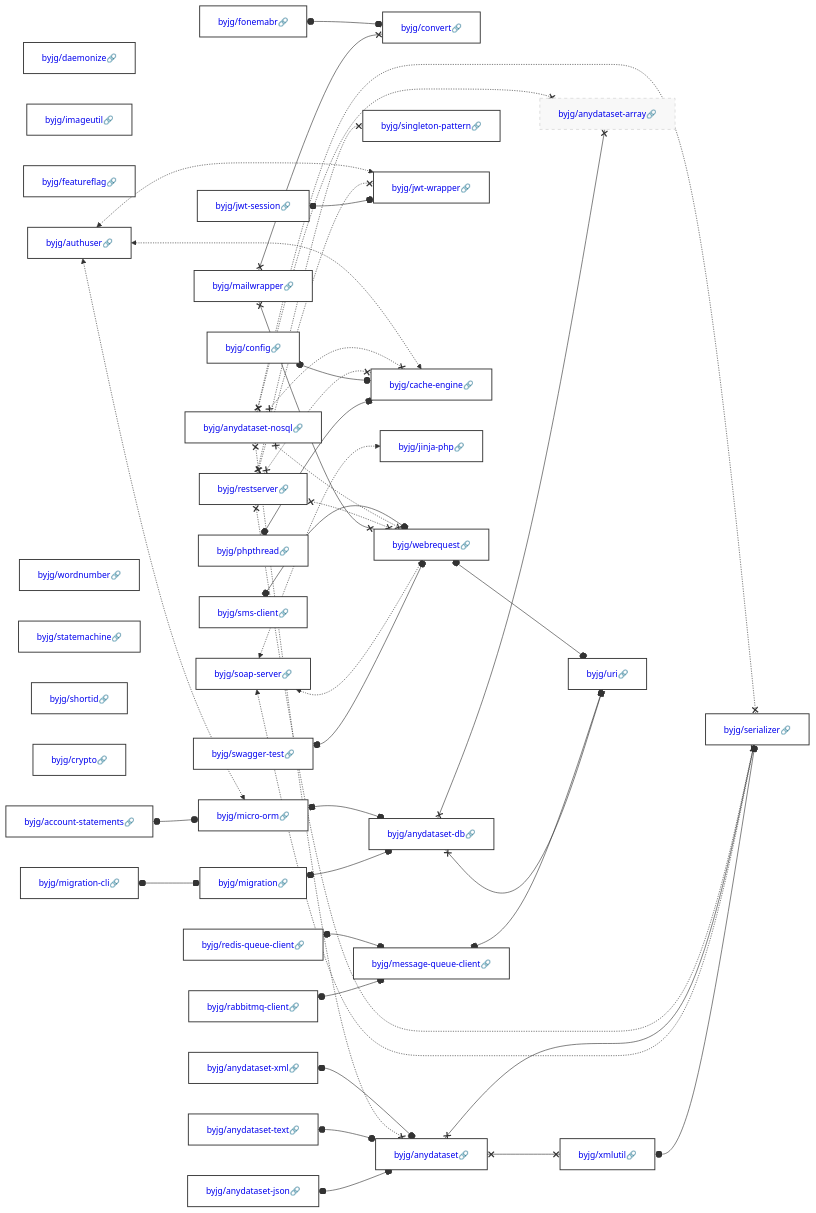
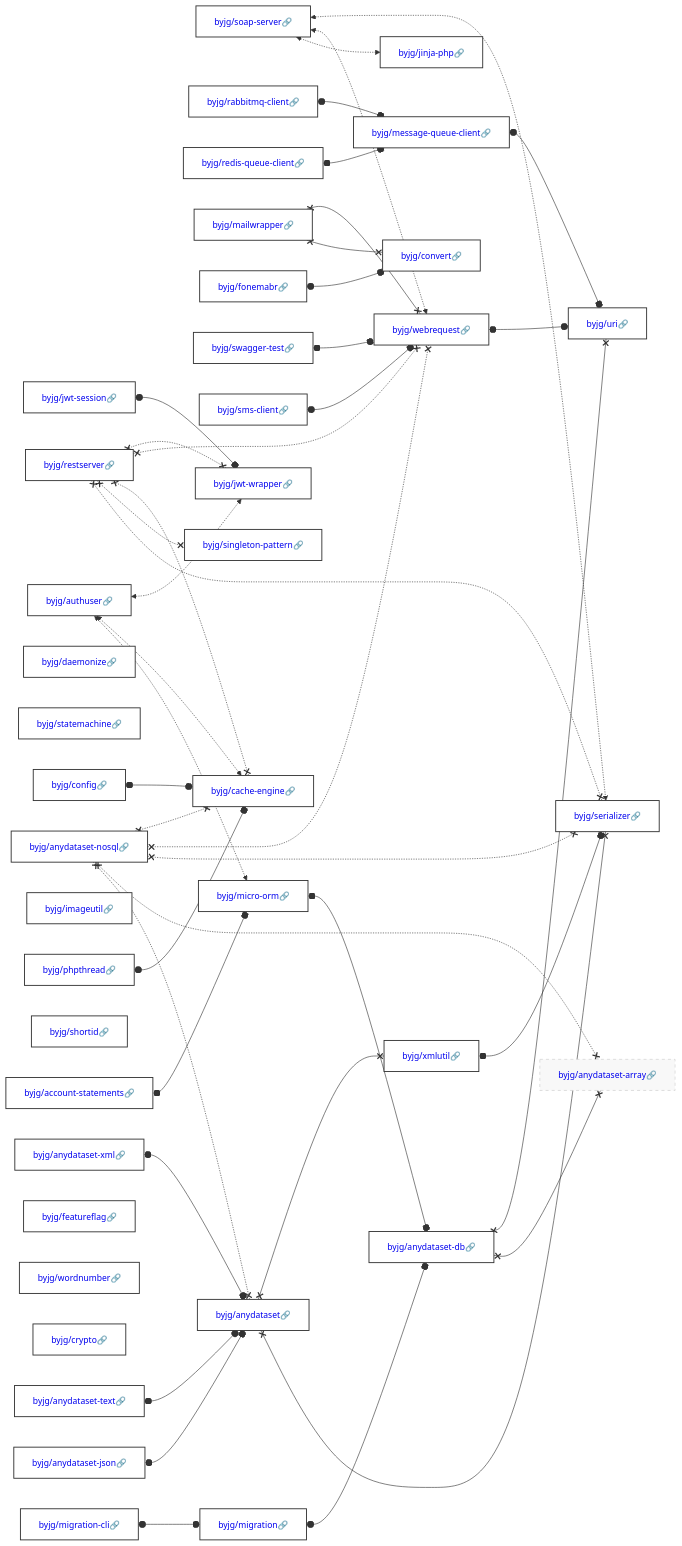
One commit to byjg/byjg.github.io changed the diagram in docs/php/README.md. Above: the diagram before and after it, drawn with Mermaid. The commit also changed other lines of this file and 1 other file, not shown here.

Commit message:
Update documentation 'php' 'php-cache-engine'

````diff
--- a/docs/php/README.md
+++ b/docs/php/README.md
@@ -3,40 +3,40 @@
 ```mermaid
 graph LR;
+  byjg/soap-server[<a href='https://opensource.byjg.com/docs/php/soap-server' style='text-decoration:none'>byjg/soap-server🔗</a>];
+  byjg/restserver[<a href='https://opensource.byjg.com/docs/php/restserver' style='text-decoration:none'>byjg/restserver🔗</a>];
+  byjg/rabbitmq-client[<a href='https://opensource.byjg.com/docs/php/rabbitmq-client' style='text-decoration:none'>byjg/rabbitmq-client🔗</a>];
+  byjg/migration-cli[<a href='https://opensource.byjg.com/docs/php/migration-cli' style='text-decoration:none'>byjg/migration-cli🔗</a>];
+  byjg/jwt-session[<a href='https://opensource.byjg.com/docs/php/jwt-session' style='text-decoration:none'>byjg/jwt-session🔗</a>];
+  byjg/redis-queue-client[<a href='https://opensource.byjg.com/docs/php/redis-queue-client' style='text-decoration:none'>byjg/redis-queue-client🔗</a>];
   byjg/daemonize[<a href='https://opensource.byjg.com/docs/php/daemonize' style='text-decoration:none'>byjg/daemonize🔗</a>];
+  byjg/statemachine[<a href='https://opensource.byjg.com/docs/php/statemachine' style='text-decoration:none'>byjg/statemachine🔗</a>];
+  byjg/anydataset-xml[<a href='https://opensource.byjg.com/docs/php/anydataset-xml' style='text-decoration:none'>byjg/anydataset-xml🔗</a>];
   byjg/anydataset-text[<a href='https://opensource.byjg.com/docs/php/anydataset-text' style='text-decoration:none'>byjg/anydataset-text🔗</a>];
   byjg/imageutil[<a href='https://opensource.byjg.com/docs/php/imageutil' style='text-decoration:none'>byjg/imageutil🔗</a>];
   byjg/mailwrapper[<a href='https://opensource.byjg.com/docs/php/mailwrapper' style='text-decoration:none'>byjg/mailwrapper🔗</a>];
-  byjg/featureflag[<a href='https://opensource.byjg.com/docs/php/featureflag' style='text-decoration:none'>byjg/featureflag🔗</a>];
-  byjg/rabbitmq-client[<a href='https://opensource.byjg.com/docs/php/rabbitmq-client' style='text-decoration:none'>byjg/rabbitmq-client🔗</a>];
-  byjg/account-statements[<a href='https://opensource.byjg.com/docs/php/account-statements' style='text-decoration:none'>byjg/account-statements🔗</a>];
-  byjg/wordnumber[<a href='https://opensource.byjg.com/docs/php/wordnumber' style='text-decoration:none'>byjg/wordnumber🔗</a>];
-  byjg/anydataset-json[<a href='https://opensource.byjg.com/docs/php/anydataset-json' style='text-decoration:none'>byjg/anydataset-json🔗</a>];
-  byjg/statemachine[<a href='https://opensource.byjg.com/docs/php/statemachine' style='text-decoration:none'>byjg/statemachine🔗</a>];
+  byjg/anydataset-nosql[<a href='https://opensource.byjg.com/docs/php/anydataset-nosql' style='text-decoration:none'>byjg/anydataset-nosql🔗</a>];
   byjg/shortid[<a href='https://opensource.byjg.com/docs/php/shortid' style='text-decoration:none'>byjg/shortid🔗</a>];
   byjg/fonemabr[<a href='https://opensource.byjg.com/docs/php/fonemabr' style='text-decoration:none'>byjg/fonemabr🔗</a>];
-  byjg/jwt-session[<a href='https://opensource.byjg.com/docs/php/jwt-session' style='text-decoration:none'>byjg/jwt-session🔗</a>];
-  byjg/anydataset-nosql[<a href='https://opensource.byjg.com/docs/php/anydataset-nosql' style='text-decoration:none'>byjg/anydataset-nosql🔗</a>];
-  byjg/redis-queue-client[<a href='https://opensource.byjg.com/docs/php/redis-queue-client' style='text-decoration:none'>byjg/redis-queue-client🔗</a>];
-  byjg/crypto[<a href='https://opensource.byjg.com/docs/php/crypto' style='text-decoration:none'>byjg/crypto🔗</a>];
   byjg/authuser[<a href='https://opensource.byjg.com/docs/php/authuser' style='text-decoration:none'>byjg/authuser🔗</a>];
   byjg/phpthread[<a href='https://opensource.byjg.com/docs/php/phpthread' style='text-decoration:none'>byjg/phpthread🔗</a>];
-  byjg/migration-cli[<a href='https://opensource.byjg.com/docs/php/migration-cli' style='text-decoration:none'>byjg/migration-cli🔗</a>];
-  byjg/anydataset-xml[<a href='https://opensource.byjg.com/docs/php/anydataset-xml' style='text-decoration:none'>byjg/anydataset-xml🔗</a>];
-  byjg/restserver[<a href='https://opensource.byjg.com/docs/php/restserver' style='text-decoration:none'>byjg/restserver🔗</a>];
+  byjg/featureflag[<a href='https://opensource.byjg.com/docs/php/featureflag' style='text-decoration:none'>byjg/featureflag🔗</a>];
+  byjg/wordnumber[<a href='https://opensource.byjg.com/docs/php/wordnumber' style='text-decoration:none'>byjg/wordnumber🔗</a>];
+  byjg/crypto[<a href='https://opensource.byjg.com/docs/php/crypto' style='text-decoration:none'>byjg/crypto🔗</a>];
+  byjg/swagger-test[<a href='https://opensource.byjg.com/docs/php/swagger-test' style='text-decoration:none'>byjg/swagger-test🔗</a>];
+  byjg/account-statements[<a href='https://opensource.byjg.com/docs/php/account-statements' style='text-decoration:none'>byjg/account-statements🔗</a>];
+  byjg/anydataset-json[<a href='https://opensource.byjg.com/docs/php/anydataset-json' style='text-decoration:none'>byjg/anydataset-json🔗</a>];
   byjg/sms-client[<a href='https://opensource.byjg.com/docs/php/sms-client' style='text-decoration:none'>byjg/sms-client🔗</a>];
-  byjg/swagger-test[<a href='https://opensource.byjg.com/docs/php/swagger-test' style='text-decoration:none'>byjg/swagger-test🔗</a>];
   byjg/config[<a href='https://opensource.byjg.com/docs/php/config' style='text-decoration:none'>byjg/config🔗</a>];
-  byjg/soap-server[<a href='https://opensource.byjg.com/docs/php/soap-server' style='text-decoration:none'>byjg/soap-server🔗</a>];
+  byjg/jinja-php[<a href='https://opensource.byjg.com/docs/php/jinja-php' style='text-decoration:none'>byjg/jinja-php🔗</a>];
+  byjg/singleton-pattern[<a href='https://opensource.byjg.com/docs/php/singleton-pattern' style='text-decoration:none'>byjg/singleton-pattern🔗</a>];
+  byjg/migration[<a href='https://opensource.byjg.com/docs/php/migration' style='text-decoration:none'>byjg/migration🔗</a>];
+  byjg/message-queue-client[<a href='https://opensource.byjg.com/docs/php/message-queue-client' style='text-decoration:none'>byjg/message-queue-client🔗</a>];
   byjg/convert[<a href='https://opensource.byjg.com/docs/php/convert' style='text-decoration:none'>byjg/convert🔗</a>];
-  byjg/message-queue-client[<a href='https://opensource.byjg.com/docs/php/message-queue-client' style='text-decoration:none'>byjg/message-queue-client🔗</a>];
+  byjg/jwt-wrapper[<a href='https://opensource.byjg.com/docs/php/jwt-wrapper' style='text-decoration:none'>byjg/jwt-wrapper🔗</a>];
   byjg/micro-orm[<a href='https://opensource.byjg.com/docs/php/micro-orm' style='text-decoration:none'>byjg/micro-orm🔗</a>];
-  byjg/migration[<a href='https://opensource.byjg.com/docs/php/migration' style='text-decoration:none'>byjg/migration🔗</a>];
   byjg/anydataset[<a href='https://opensource.byjg.com/docs/php/anydataset' style='text-decoration:none'>byjg/anydataset🔗</a>];
-  byjg/singleton-pattern[<a href='https://opensource.byjg.com/docs/php/singleton-pattern' style='text-decoration:none'>byjg/singleton-pattern🔗</a>];
-  byjg/jwt-wrapper[<a href='https://opensource.byjg.com/docs/php/jwt-wrapper' style='text-decoration:none'>byjg/jwt-wrapper🔗</a>];
+  byjg/webrequest[<a href='https://opensource.byjg.com/docs/php/webrequest' style='text-decoration:none'>byjg/webrequest🔗</a>];
   byjg/cache-engine[<a href='https://opensource.byjg.com/docs/php/cache-engine' style='text-decoration:none'>byjg/cache-engine🔗</a>];
-  byjg/jinja-php[<a href='https://opensource.byjg.com/docs/php/jinja-php' style='text-decoration:none'>byjg/jinja-php🔗</a>];
-  byjg/webrequest[<a href='https://opensource.byjg.com/docs/php/webrequest' style='text-decoration:none'>byjg/webrequest🔗</a>];
   byjg/anydataset-db[<a href='https://opensource.byjg.com/docs/php/anydataset-db' style='text-decoration:none'>byjg/anydataset-db🔗</a>];
   byjg/xmlutil[<a href='https://opensource.byjg.com/docs/php/xmlutil' style='text-decoration:none'>byjg/xmlutil🔗</a>];
   byjg/anydataset-array[<a href='https://opensource.byjg.com/docs/php/anydataset-array' style='text-decoration:none'>byjg/anydataset-array🔗</a>];
````
